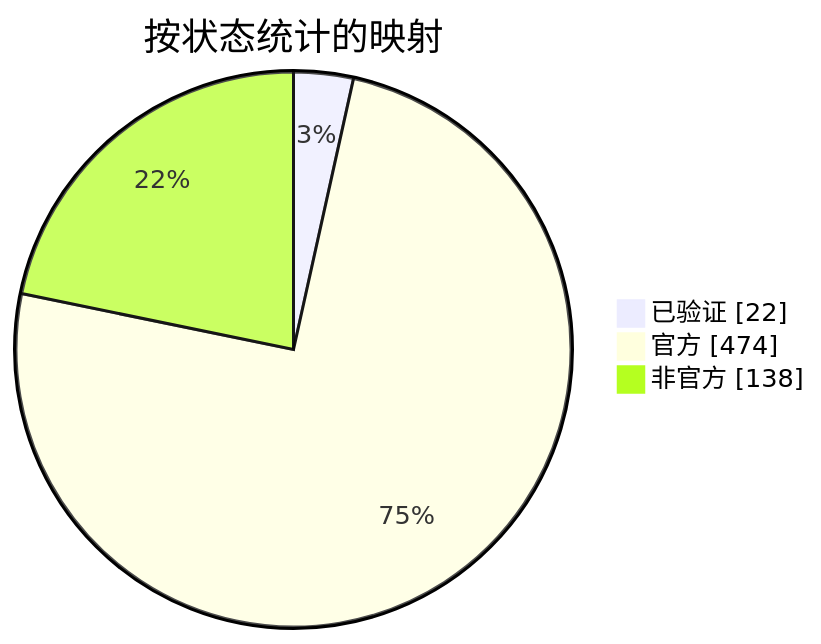
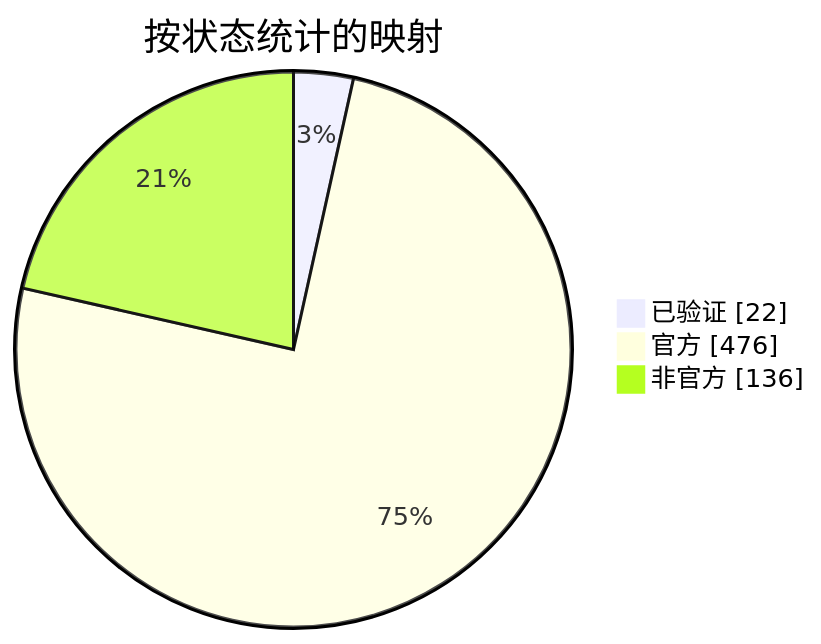
The diagram in docs/readme/README_ZHS.md (nobrega8/mbmap-library), drawn with Mermaid before and after one commit. The commit also changed 7 other files, not shown here.

````diff
--- a/docs/readme/README_ZHS.md
+++ b/docs/readme/README_ZHS.md
@@ -54,7 +54,7 @@
 ```mermaid
 pie showData
     title 按状态统计的映射
     "已验证" : 22
-    "官方" : 474
-    "非官方" : 138
+    "官方" : 476
+    "非官方" : 136
 ```
````
